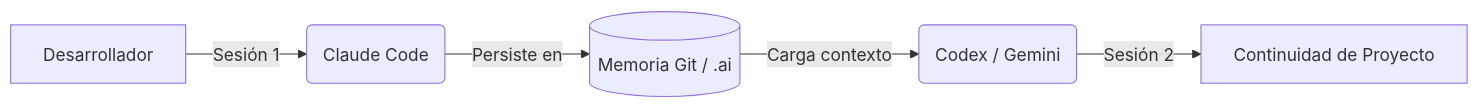
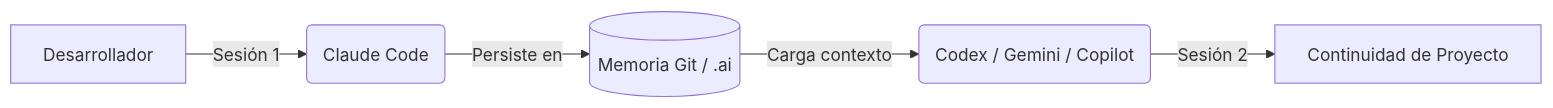
The diagram in README.md (mikeroguez/continuum), drawn with Mermaid before and after one commit. The commit also changed other lines of this file and 1 other file, not shown here.

Commit message:
docs: destaca compatibilidad con GitHub Copilot en READMEs principales

````diff
--- a/README.md
+++ b/README.md
@@ -22,7 +22,7 @@
 ```mermaid
 flowchart LR
     A[Desarrollador] -->|Sesión 1| B(Claude Code)
     B -->|Persiste en| C[(Memoria Git / .ai)]
-    C -->|Carga contexto| D(Codex / Gemini)
+    C -->|Carga contexto| D(Codex / Gemini / Copilot)
     D -->|Sesión 2| E[Continuidad de Proyecto]
 ```
````
